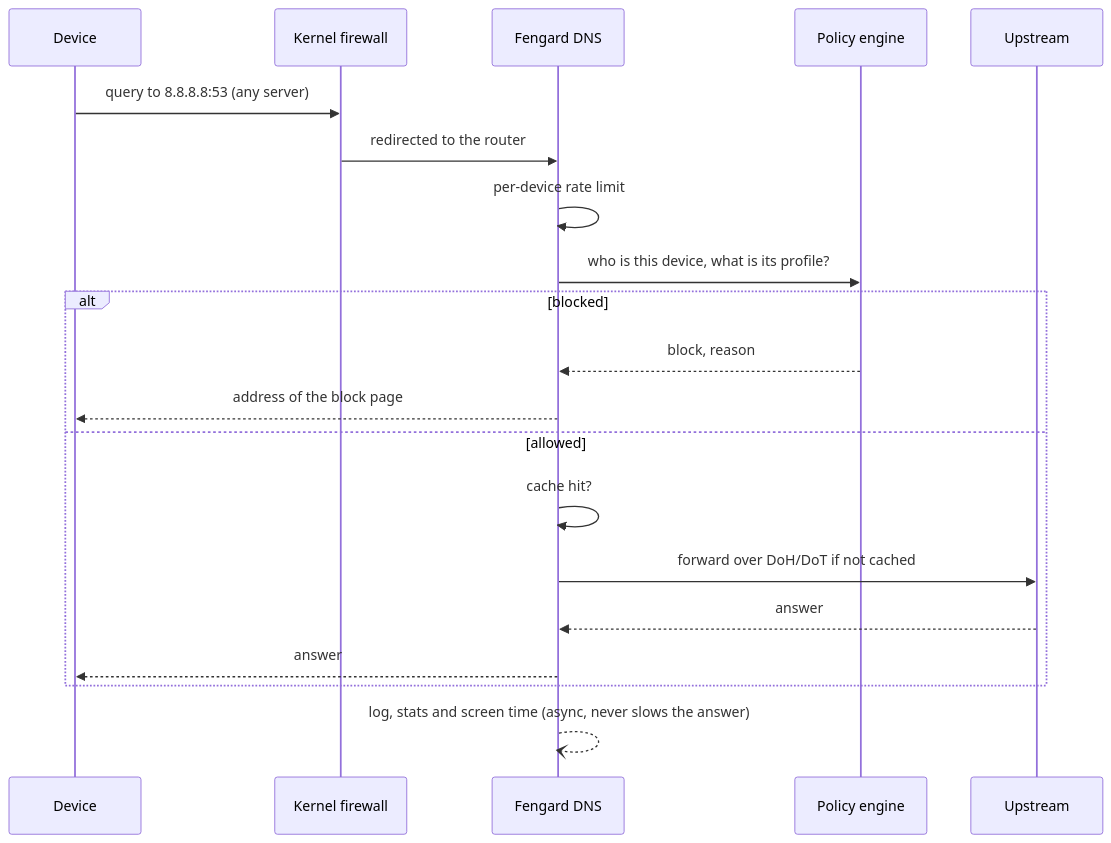
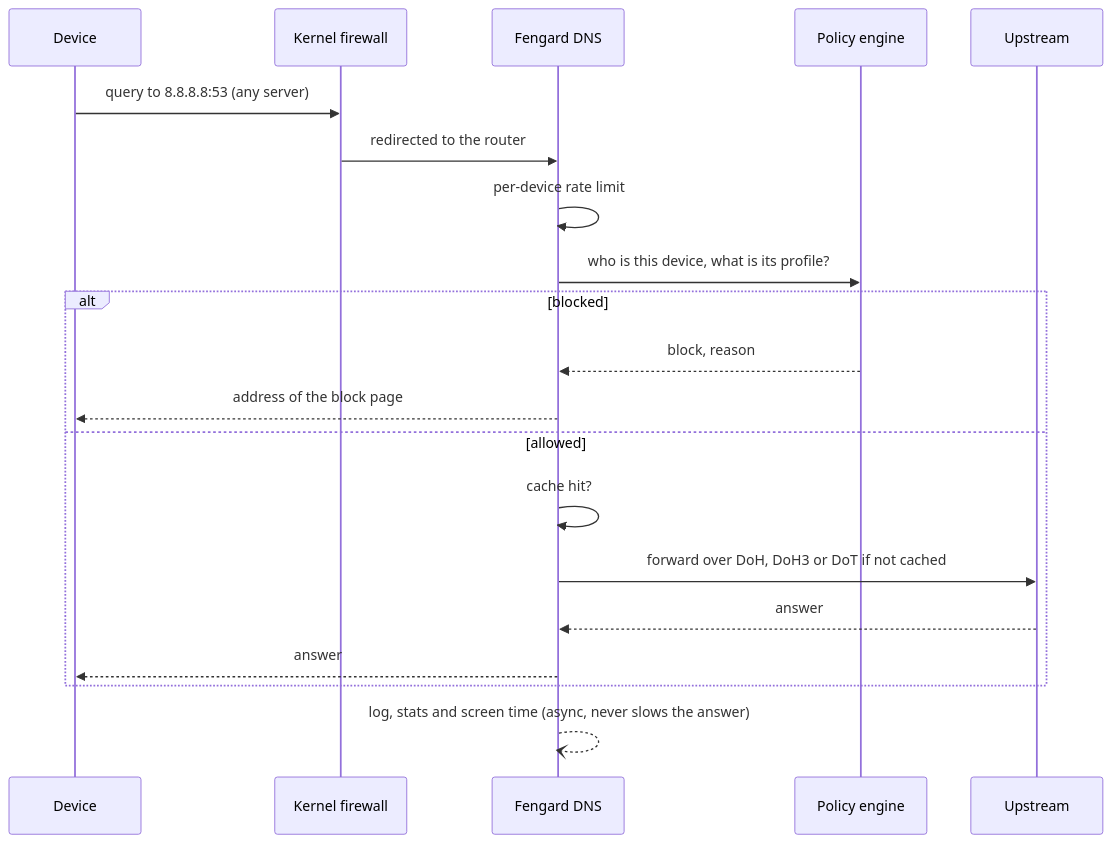
The third of 4 diagrams in README.md (masaleem-oss/Fengard), drawn with Mermaid before and after one commit. The commit also changed other lines of this file and 27 other files, not shown here.

````diff
--- a/README.md
+++ b/README.md
@@ -415,22 +416,22 @@
 ```mermaid
 sequenceDiagram
     participant D as Device
     participant K as Kernel firewall
     participant F as Fengard DNS
     participant P as Policy engine
     participant U as Upstream
     D->>K: query to 8.8.8.8:53 (any server)
     K->>F: redirected to the router
     F->>F: per-device rate limit
     F->>P: who is this device, what is its profile?
     alt blocked
         P-->>F: block, reason
         F-->>D: address of the block page
     else allowed
         F->>F: cache hit?
-        F->>U: forward over DoH/DoT if not cached
+        F->>U: forward over DoH, DoH3 or DoT if not cached
         U-->>F: answer
         F-->>D: answer
     end
     F--)F: log, stats and screen time (async, never slows the answer)
 ```
````
